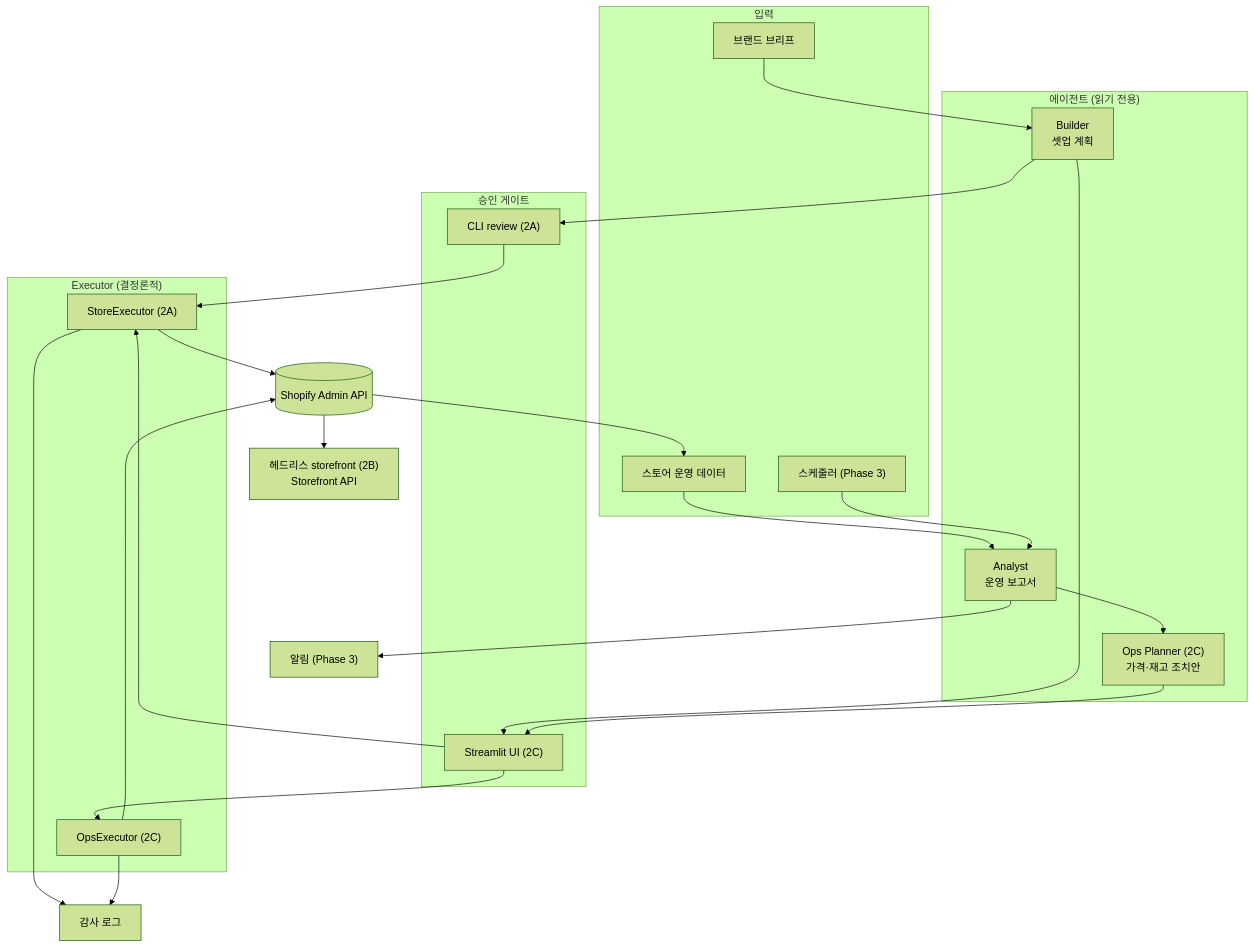
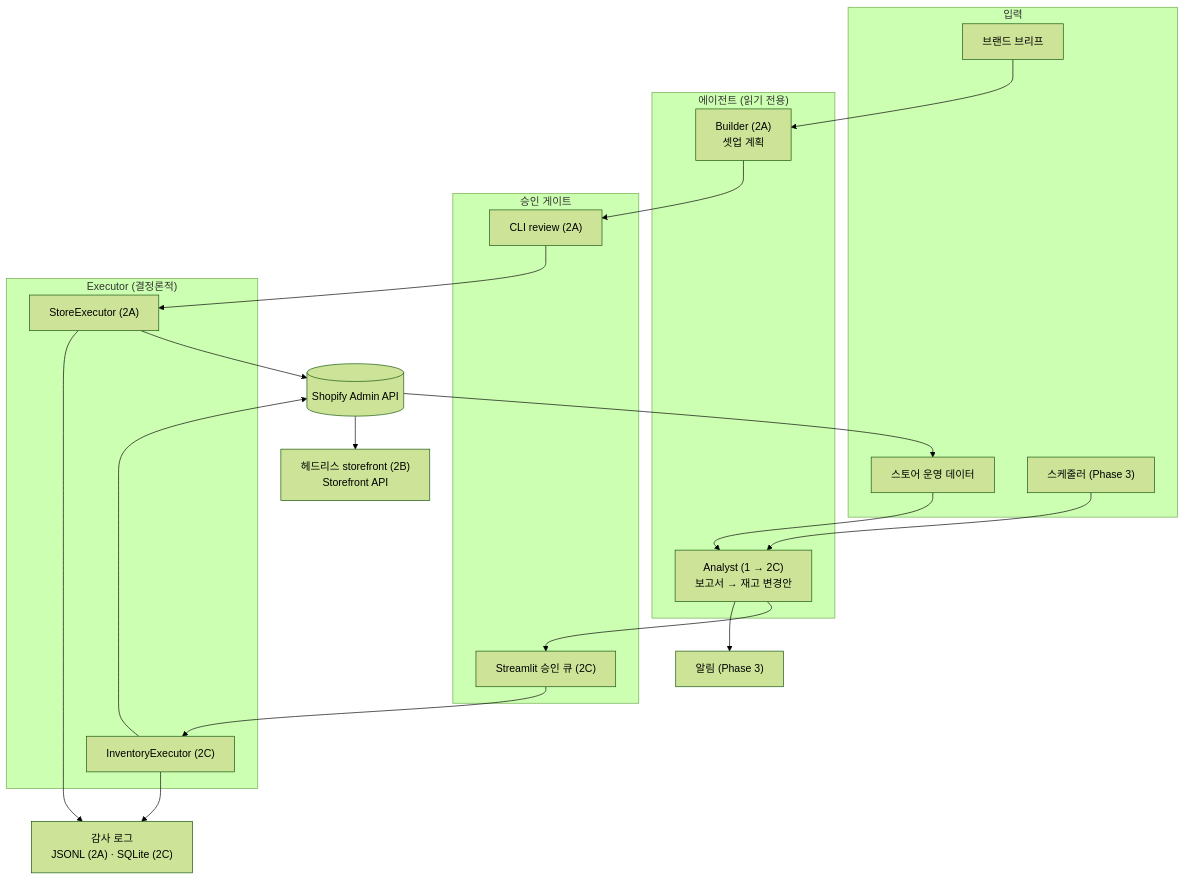
The ninth of 9 diagrams in docs/ARCHITECTURE.md (hangguma/shopify-ops-agent), drawn with Mermaid (forest theme) before and after one commit. The commit also changed other lines of this file and 3 other files, not shown here.

````diff
--- a/docs/ARCHITECTURE.md
+++ b/docs/ARCHITECTURE.md
@@ -298,42 +343,35 @@
 ```mermaid
 flowchart TB
     subgraph IN["입력"]
         BR["브랜드 브리프"]
         DATA["스토어 운영 데이터"]
         SCHED["스케줄러 (Phase 3)"]
     end
     subgraph AGENTS["에이전트 (읽기 전용)"]
-        BLD["Builder<br/>셋업 계획"]
-        ANA["Analyst<br/>운영 보고서"]
-        OPS["Ops Planner (2C)<br/>가격·재고 조치안"]
+        BLD["Builder (2A)<br/>셋업 계획"]
+        ANA["Analyst (1 → 2C)<br/>보고서 → 재고 변경안"]
     end
     subgraph GATE["승인 게이트"]
         CLI["CLI review (2A)"]
-        UI["Streamlit UI (2C)"]
+        UI["Streamlit 승인 큐 (2C)"]
     end
     subgraph EXEC["Executor (결정론적)"]
         SE["StoreExecutor (2A)"]
-        OE["OpsExecutor (2C)"]
+        IE["InventoryExecutor (2C)"]
     end
     SHOP[("Shopify Admin API")]
     FRONT["헤드리스 storefront (2B)<br/>Storefront API"]
-    LOG["감사 로그"]
+    LOG["감사 로그<br/>JSONL (2A) · SQLite (2C)"]
     ALERT["알림 (Phase 3)"]
 
-    BR --> BLD
-    DATA --> ANA --> OPS
+    BR --> BLD --> CLI --> SE
+    DATA --> ANA --> UI --> IE
     SCHED --> ANA
     ANA --> ALERT
-    BLD --> CLI
-    BLD --> UI
-    OPS --> UI
-    CLI --> SE
-    UI --> SE
-    UI --> OE
     SE --> SHOP
-    OE --> SHOP
+    IE --> SHOP
     SE --> LOG
-    OE --> LOG
+    IE --> LOG
     SHOP --> FRONT
     SHOP --> DATA
 ```
````
